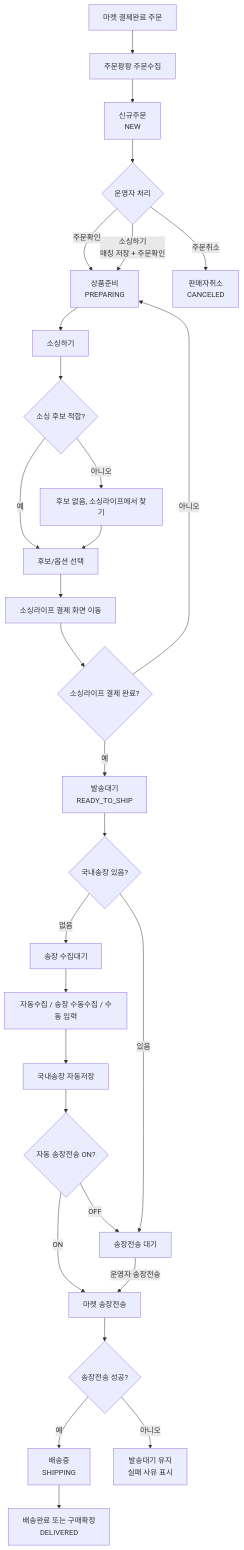
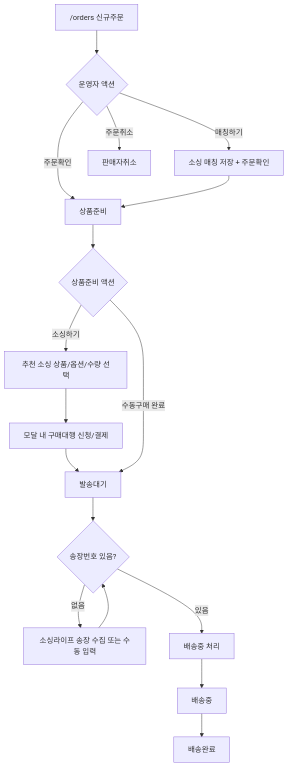
Before and after one commit to moonceo/Jmpp: the first of 5 diagrams in docs/08_유저플로우/01_주문처리_유저플로우.md, drawn with Mermaid. The commit also changed other lines of this file and 71 other files, not shown here.

````diff
--- a/docs/08_유저플로우/01_주문처리_유저플로우.md
+++ b/docs/08_유저플로우/01_주문처리_유저플로우.md
@@ -29,35 +11,19 @@
 ```mermaid
 flowchart TD
-    A["마켓 결제완료 주문"] --> B["주문팡팡 주문수집"]
-    B --> C["신규주문<br/>NEW"]
-    C --> D{"운영자 처리"}
-    D -->|"주문확인"| E["상품준비<br/>PREPARING"]
-    D -->|"소싱하기<br/>매칭 저장 + 주문확인"| E
-    D -->|"주문취소"| X["판매자취소<br/>CANCELED"]
-
-    E --> F["소싱하기"]
-    F --> G{"소싱 후보 적합?"}
-    G -->|"예"| H["후보/옵션 선택"]
-    G -->|"아니오"| I["후보 없음, 소싱라이프에서 찾기"]
-    I --> H
-    H --> J["소싱라이프 결제 화면 이동"]
-    J --> K{"소싱라이프 결제 완료?"}
-    K -->|"예"| L["발송대기<br/>READY_TO_SHIP"]
-    K -->|"아니오"| E
-
-    L --> M{"국내송장 있음?"}
-    M -->|"없음"| N["송장 수집대기"]
-    M -->|"있음"| O["송장전송 대기"]
-
-    N --> P["자동수집 / 송장 수동수집 / 수동 입력"]
-    P --> Q["국내송장 자동저장"]
-    Q --> R{"자동 송장전송 ON?"}
-    R -->|"ON"| S["마켓 송장전송"]
-    R -->|"OFF"| O
-    O -->|"운영자 송장전송"| S
-
-    S --> T{"송장전송 성공?"}
-    T -->|"예"| U["배송중<br/>SHIPPING"]
-    T -->|"아니오"| V["발송대기 유지<br/>실패 사유 표시"]
-    U --> W["배송완료 또는 구매확정<br/>DELIVERED"]
+    A["/orders 신규주문"] --> B{"운영자 액션"}
+    B -->|"주문확인"| C["상품준비"]
+    B -->|"매칭하기"| D["소싱 매칭 저장 + 주문확인"]
+    D --> C
+    B -->|"주문취소"| X["판매자취소"]
+    C --> E{"상품준비 액션"}
+    E -->|"소싱하기"| F["추천 소싱 상품/옵션/수량 선택"]
+    F --> G["모달 내 구매대행 신청/결제"]
+    G --> H["발송대기"]
+    E -->|"수동구매 완료"| H
+    H --> I{"송장번호 있음?"}
+    I -->|"없음"| J["소싱라이프 송장 수집 또는 수동 입력"]
+    J --> I
+    I -->|"있음"| K["배송중 처리"]
+    K --> L["배송중"]
+    L --> M["배송완료"]
 ```
````
